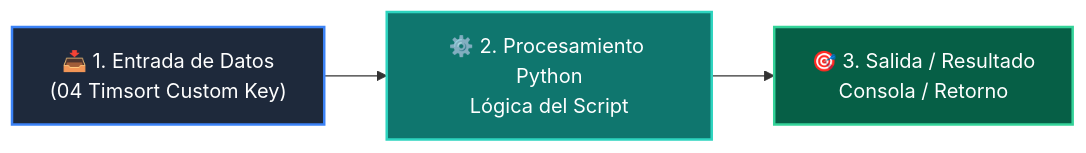
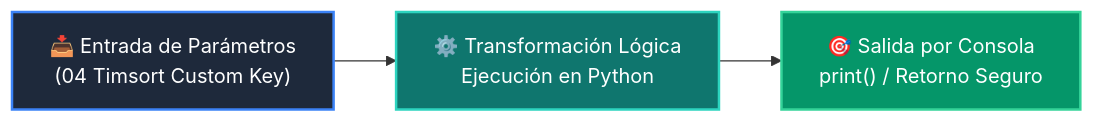
Before and after one commit to wisrovi/wisrovi-python: the diagram in 02-algoritmos-estructuras/clase-05-algoritmos-ordenamiento/ejemplos/ejemplo_04_timsort_custom_key/README.md, drawn with Mermaid. The commit also changed other lines of this file and 226 other files, not shown here.

Commit message:
docs: elevate all repository READMEs to world-class mastery standard with rich pedagogical architecture, custom Mermaids, and professional styling

````diff
--- a/02-algoritmos-estructuras/clase-05-algoritmos-ordenamiento/ejemplos/ejemplo_04_timsort_custom_key/README.md
+++ b/02-algoritmos-estructuras/clase-05-algoritmos-ordenamiento/ejemplos/ejemplo_04_timsort_custom_key/README.md
@@ -12,9 +19,9 @@
 ```mermaid
 flowchart LR
-    A["📥 1. Entrada de Datos<br/>(04 Timsort Custom Key)"] --> B["⚙️ 2. Procesamiento Python<br/>Lógica del Script"]
-    B --> C["🎯 3. Salida / Resultado<br/>Consola / Retorno"]
+    A["📥 Entrada de Parámetros<br/>(04 Timsort Custom Key)"] --> B["⚙️ Transformación Lógica<br/>Ejecución en Python"]
+    B --> C["🎯 Salida por Consola<br/>print() / Retorno Seguro"]
 
-    style A fill:#1e293b,color:#fff,stroke:#3b82f6,stroke-width:2px
-    style B fill:#0f766e,color:#fff,stroke:#2dd4bf,stroke-width:2px
-    style C fill:#065f46,color:#fff,stroke:#34d399,stroke-width:2px
+    style A fill:#1e293b,color:#ffffff,stroke:#3b82f6,stroke-width:2px
+    style B fill:#0f766e,color:#ffffff,stroke:#2dd4bf,stroke-width:2px
+    style C fill:#059669,color:#ffffff,stroke:#34d399,stroke-width:2px
 ```
````
